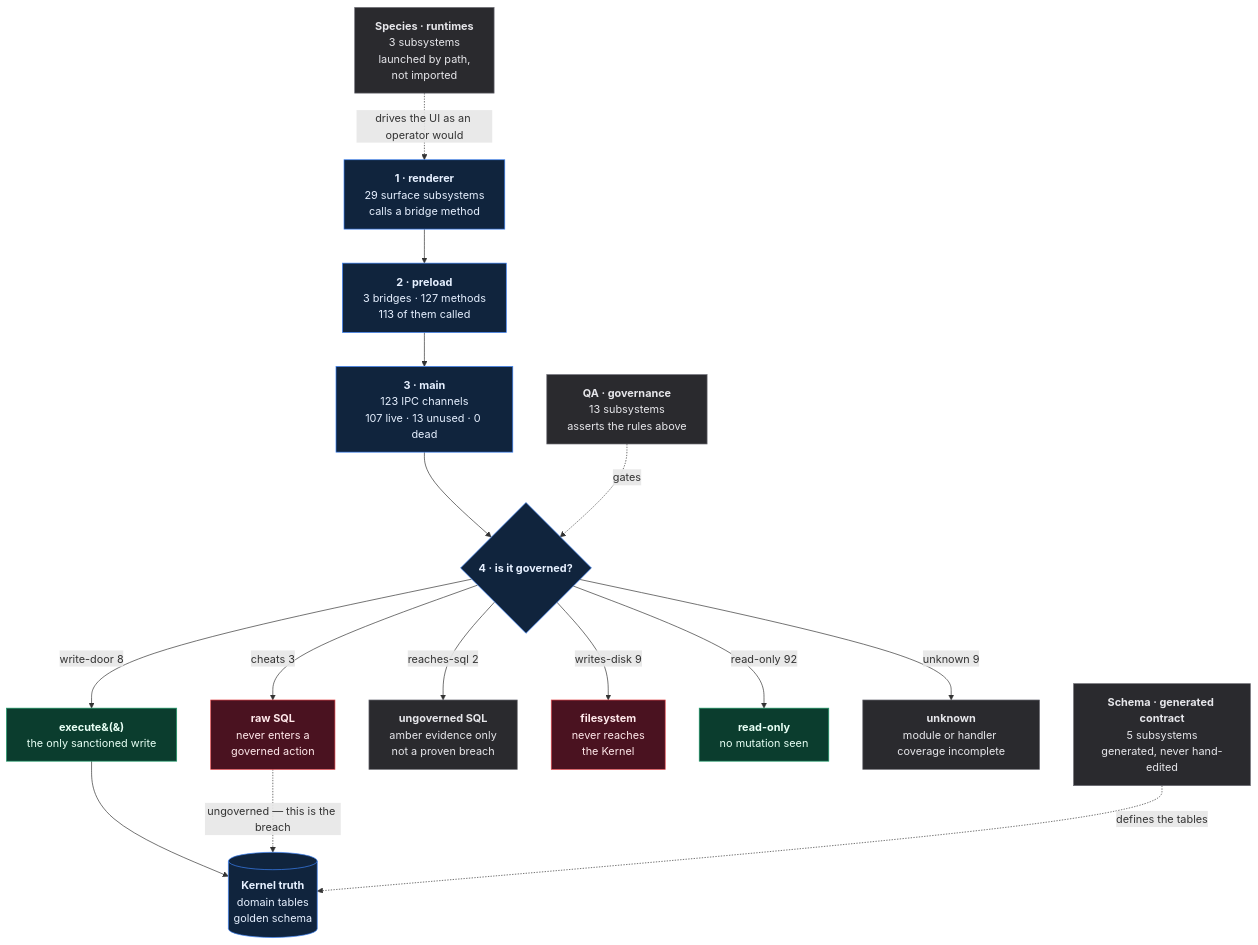
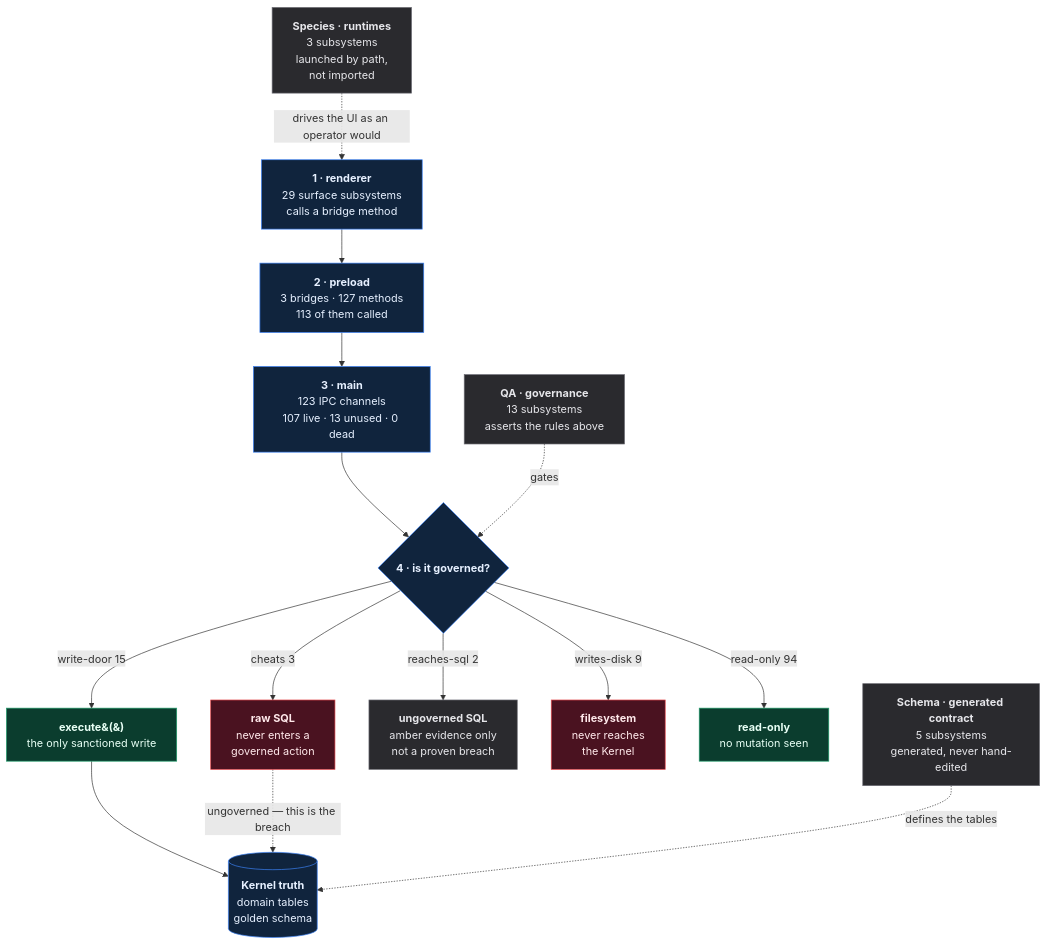
One commit to SidNig21/QuantFlow-Ontology changed the diagram in qf-atlas/ATLAS.md. Above: the diagram before and after it, drawn with Mermaid. The commit also changed other lines of this file and 5 other files, not shown here.

````diff
--- a/qf-atlas/ATLAS.md
+++ b/qf-atlas/ATLAS.md
@@ -32,40 +32,38 @@
 ```mermaid
 flowchart TD
   R["<b>1 · renderer</b><br/>29 surface subsystems<br/>calls a bridge method"]
   P["<b>2 · preload</b><br/>3 bridges · 127 methods<br/>113 of them called"]
   M["<b>3 · main</b><br/>123 IPC channels<br/>107 live · 13 unused · 0 dead"]
   H{"<b>4 · is it governed?</b>"}
   E["<b>execute&#40;&#41;</b><br/>the only sanctioned write"]
   DB[("<b>Kernel truth</b><br/>domain tables<br/>golden schema")]
 
   R --> P --> M --> H
-  H -->|"write-door 8"| E
+  H -->|"write-door 15"| E
   E --> DB
   X["<b>raw SQL</b><br/>never enters a<br/>governed action"]
   H -->|"cheats 3"| X
   A["<b>ungoverned SQL</b><br/>amber evidence only<br/>not a proven breach"]
   H -->|"reaches-sql 2"| A
   FS["<b>filesystem</b><br/>never reaches<br/>the Kernel"]
   H -->|"writes-disk 9"| FS
   RO["<b>read-only</b><br/>no mutation seen"]
-  H -->|"read-only 92"| RO
-  U["<b>unknown</b><br/>module or handler coverage incomplete"]
-  H -->|"unknown 9"| U
+  H -->|"read-only 94"| RO
   X -.->|"ungoverned — this is the breach"| DB
 
   QA["<b>QA · governance</b><br/>13 subsystems<br/>asserts the rules above"]
   SP["<b>Species · runtimes</b><br/>3 subsystems<br/>launched by path,<br/>not imported"]
   SC["<b>Schema · generated contract</b><br/>5 subsystems<br/>generated, never hand-edited"]
   QA -.->|"gates"| H
   SC -.->|"defines the tables"| DB
   SP -.->|"drives the UI as an operator would"| R
 
   classDef good fill:#0b3d2e,stroke:#1f9d6b,color:#e8fff5
   classDef bad fill:#4a1220,stroke:#e5484d,color:#ffe8ea
   classDef gray fill:#2a2a2e,stroke:#6b6b73,color:#e6e6ea
   classDef truth fill:#10243d,stroke:#3b82f6,color:#e6f0ff
   class E,RO good
   class X,FS bad
-  class A,U,QA,SP,SC gray
+  class A,QA,SP,SC gray
   class DB,R,P,M,H truth
 ```
````
